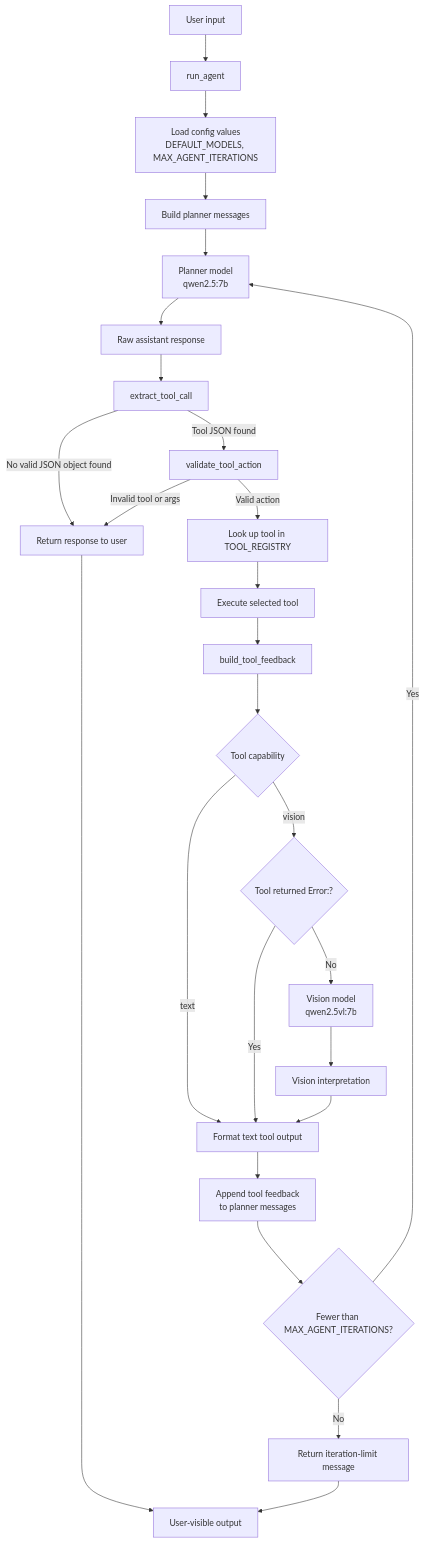
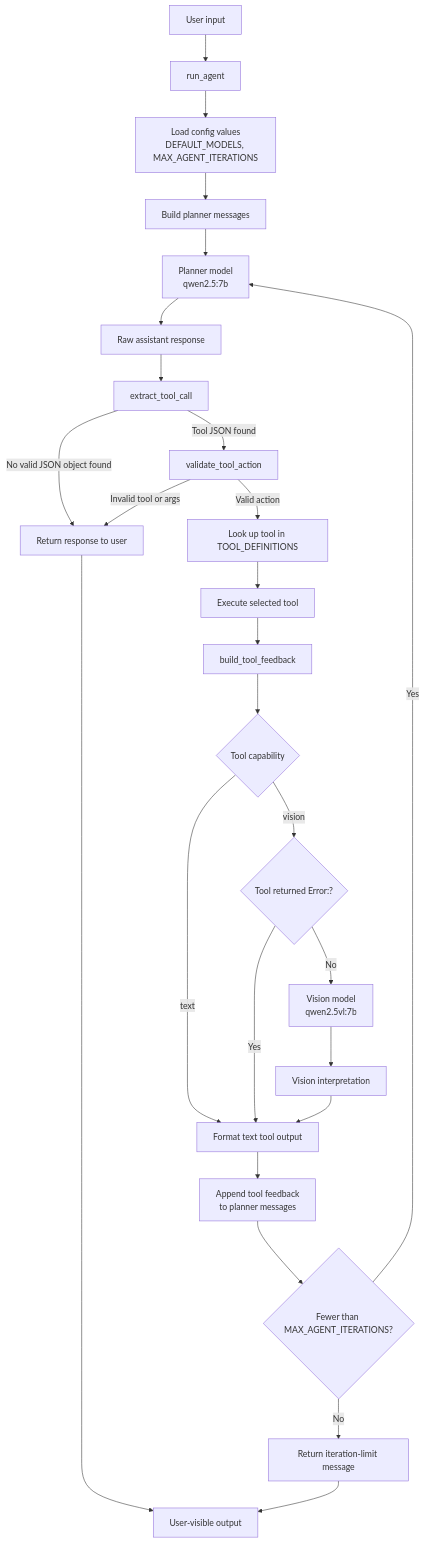
One commit to eigenlambda123/AIgen changed the first of 13 diagrams in ARCHITECTURE.md. Above: the diagram before and after it, drawn with Mermaid. The commit also changed other lines of this file and 6 other files, not shown here.

Commit message:
refactor: Created a 'tool_registry' file for a central registry for the tools exposed to the agent and CLI

````diff
--- a/ARCHITECTURE.md
+++ b/ARCHITECTURE.md
@@ -8,31 +9,31 @@
 ```mermaid
 flowchart TD
     U[User input] --> A[run_agent]
     A --> M[Load config values<br/>DEFAULT_MODELS, MAX_AGENT_ITERATIONS]
     M --> P[Build planner messages]
     P --> L[Planner model<br/>qwen2.5:7b]
     L --> R[Raw assistant response]
     R --> X[extract_tool_call]
 
     X -->|No valid JSON object found| O[Return response to user]
     X -->|Tool JSON found| V[validate_tool_action]
     V -->|Invalid tool or args| O
-    V -->|Valid action| T[Look up tool in TOOL_REGISTRY]
+    V -->|Valid action| T[Look up tool in TOOL_DEFINITIONS]
     T --> E[Execute selected tool]
     E --> F[build_tool_feedback]
 
     F --> C{Tool capability}
     C -->|text| FB[Format text tool output]
     C -->|vision| ER{Tool returned Error:?}
     ER -->|Yes| FB
     ER -->|No| VM[Vision model<br/>qwen2.5vl:7b]
     VM --> VS[Vision interpretation]
     VS --> FB
 
     FB --> B[Append tool feedback<br/>to planner messages]
     B --> I{Fewer than MAX_AGENT_ITERATIONS?}
     I -->|Yes| L
     I -->|No| Z[Return iteration-limit message]
     O --> UO[User-visible output]
     Z --> UO
 ```
````
